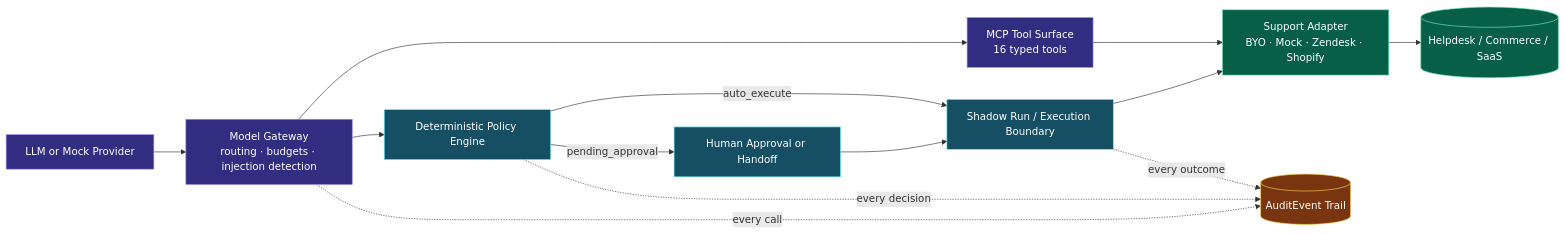
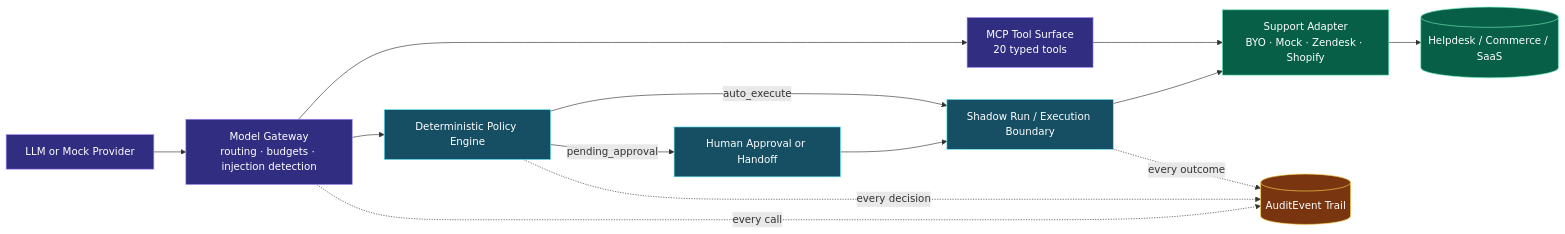
Before and after one commit to shidesheng0218/open-support-agent-spec: the first of 3 diagrams in README.md, drawn with Mermaid. The commit also changed other lines of this file and 83 other files, not shown here.

````diff
--- a/README.md
+++ b/README.md
@@ -55,24 +55,24 @@
 ```mermaid
 flowchart LR
     M[LLM or Mock Provider] --> G[Model Gateway<br/>routing · budgets · injection detection]
-    G --> T[MCP Tool Surface<br/>16 typed tools]
+    G --> T[MCP Tool Surface<br/>20 typed tools]
     T --> A[Support Adapter<br/>BYO · Mock · Zendesk · Shopify]
     A --> B[(Helpdesk / Commerce / SaaS)]
     G --> P[Deterministic Policy Engine]
     P -->|auto_execute| X[Shadow Run / Execution Boundary]
     P -->|pending_approval| H[Human Approval or Handoff]
     H --> X
     X --> A
     G -. every call .-> E[(AuditEvent Trail)]
     P -. every decision .-> E
     X -. every outcome .-> E
 
     classDef model fill:#312E81,stroke:#A78BFA,color:#fff
     classDef gate fill:#164E63,stroke:#67E8F9,color:#fff
     classDef adapter fill:#065F46,stroke:#6EE7B7,color:#fff
     classDef audit fill:#78350F,stroke:#FCD34D,color:#fff
     class M,G,T model
     class P,H,X gate
     class A,B adapter
     class E audit
 ```
````
